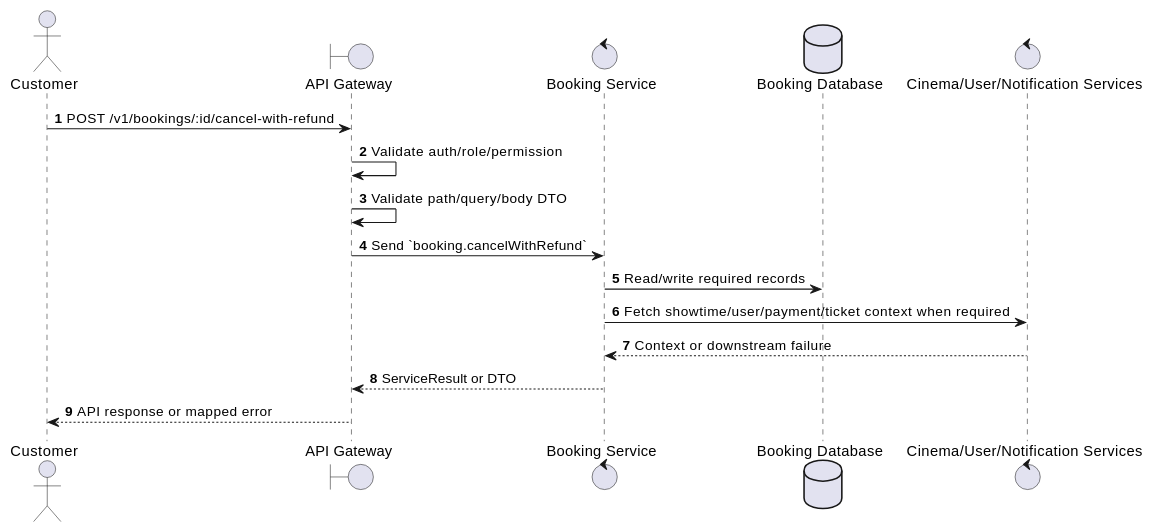
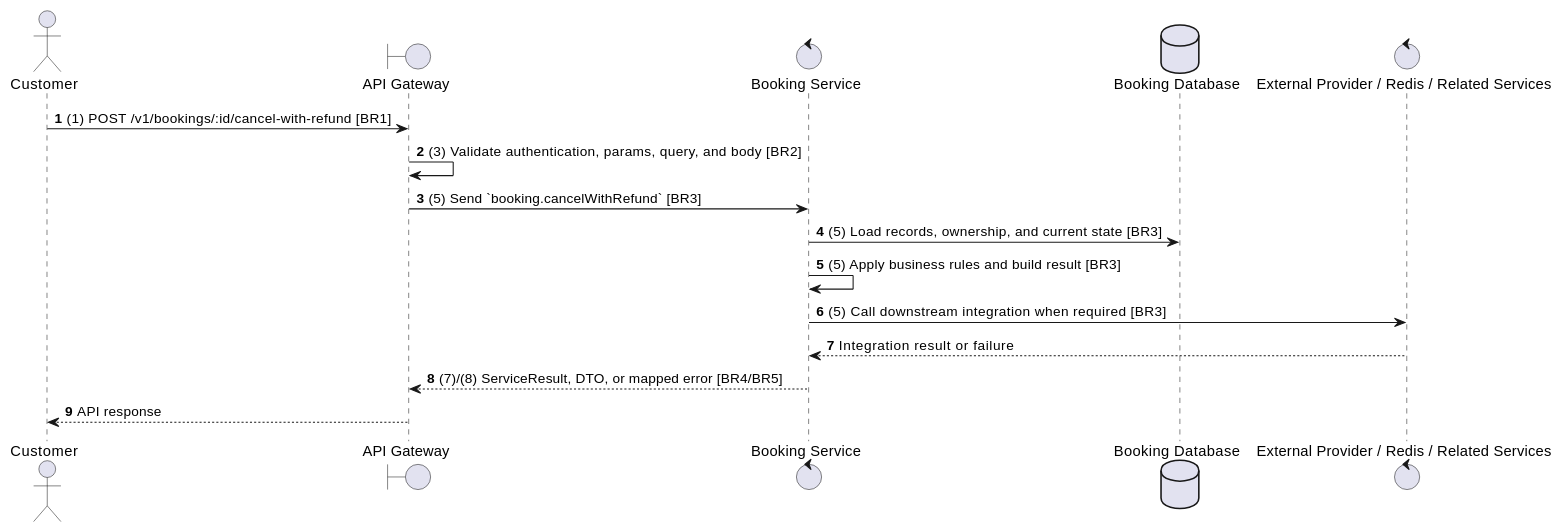
One commit to Tanh1603/movie-hub-architecture changed the second of 2 diagrams in docs/functional_specs/3.5.1_User_Booking_Operations/BK-09_Cancel_with_Refund.md. Above: the diagram before and after it, drawn with PlantUML. The commit also changed other lines of this file and 129 other files, not shown here.

````diff
--- a/docs/functional_specs/3.5.1_User_Booking_Operations/BK-09_Cancel_with_Refund.md
+++ b/docs/functional_specs/3.5.1_User_Booking_Operations/BK-09_Cancel_with_Refund.md
@@ -17,20 +64,20 @@
 ```plantuml
 @startuml
 autonumber
 actor "Customer" as Actor
 boundary "API Gateway" as GW
 control "Booking Service" as SVC
 database "Booking Database" as DB
-control "Cinema/User/Notification Services" as EXT
+control "External Provider / Redis / Related Services" as EXT
 
-Actor -> GW: POST /v1/bookings/:id/cancel-with-refund
-GW -> GW: Validate auth/role/permission
-GW -> GW: Validate path/query/body DTO
-GW -> SVC: Send `booking.cancelWithRefund`
-SVC -> DB: Read/write required records
-SVC -> EXT: Fetch showtime/user/payment/ticket context when required
-EXT --> SVC: Context or downstream failure
-SVC --> GW: ServiceResult or DTO
-GW --> Actor: API response or mapped error
+Actor -> GW: (1) POST /v1/bookings/:id/cancel-with-refund [BR1]
+GW -> GW: (3) Validate authentication, params, query, and body [BR2]
+GW -> SVC: (5) Send `booking.cancelWithRefund` [BR3]
+SVC -> DB: (5) Load records, ownership, and current state [BR3]
+SVC -> SVC: (5) Apply business rules and build result [BR3]
+SVC -> EXT: (5) Call downstream integration when required [BR3]
+EXT --> SVC: Integration result or failure
+SVC --> GW: (7)/(8) ServiceResult, DTO, or mapped error [BR4/BR5]
+GW --> Actor: API response
 @enduml
 ```
````
